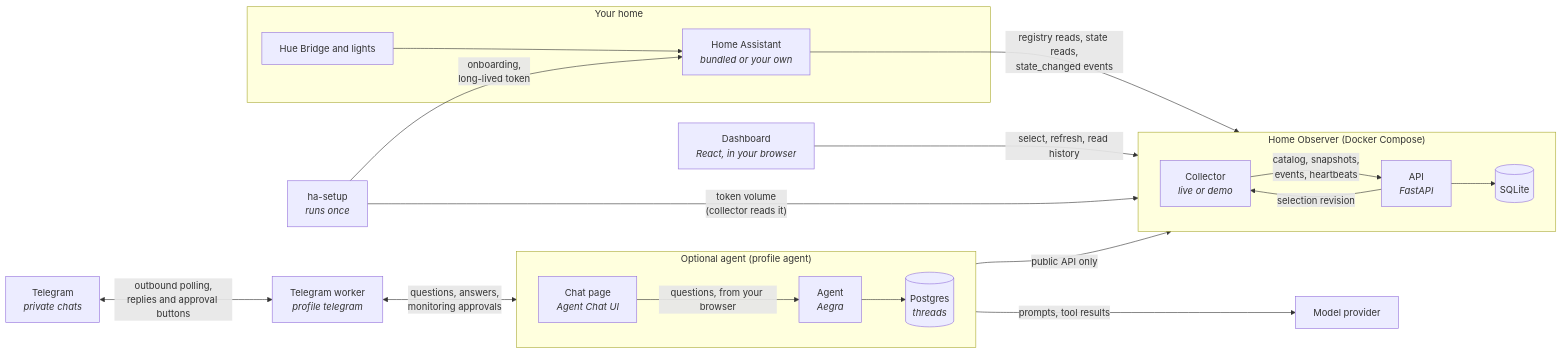
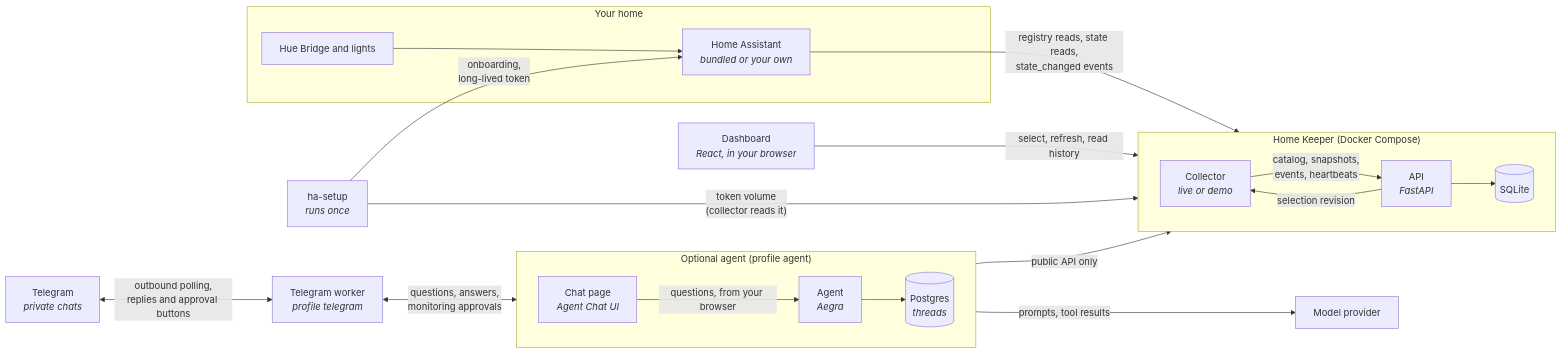
The first of 2 diagrams in docs/architecture.md (alitaghub/home-keeper), drawn with Mermaid before and after one commit. The commit also changed other lines of this file and 166 other files, not shown here.

First line of the commit message:
refactor!: rename Home Observer to Home Keeper (#18)

````diff
--- a/docs/architecture.md
+++ b/docs/architecture.md
@@ -12,38 +12,38 @@
 ```mermaid
 flowchart LR
     subgraph home["Your home"]
         hue["Hue Bridge and lights"]
         ha["Home Assistant<br/><i>bundled or your own</i>"]
         hue --> ha
     end
 
     setup["ha-setup<br/><i>runs once</i>"] -- "onboarding,<br/>long-lived token" --> ha
     setup -- "token volume<br/>(collector reads it)" --> collector
 
-    subgraph observer["Home Observer (Docker Compose)"]
+    subgraph keeper["Home Keeper (Docker Compose)"]
         direction LR
         collector["Collector<br/><i>live or demo</i>"]
         api["API<br/><i>FastAPI</i>"]
         db[("SQLite")]
         collector -- "catalog, snapshots,<br/>events, heartbeats" --> api
         api -- "selection revision" --> collector
         api --> db
     end
 
     ha -- "registry reads, state reads,<br/>state_changed events" --> collector
     browser["Dashboard<br/><i>React, in your browser</i>"] -- "select, refresh, read history" --> api
 
     subgraph agentprofile["Optional agent (profile agent)"]
         direction LR
         chat["Chat page<br/><i>Agent Chat UI</i>"]
         agent["Agent<br/><i>Aegra</i>"]
         pg[("Postgres<br/><i>threads</i>")]
         agent --> pg
     end
 
     chat -- "questions, from your browser" --> agent
     telegram["Telegram<br/><i>private chats</i>"] <-->|"outbound polling,<br/>replies and approval buttons"| bot["Telegram worker<br/><i>profile telegram</i>"]
     bot <-->|"questions, answers,<br/>monitoring approvals"| agent
     agent -- "public API only" --> api
     agent -- "prompts, tool results" --> model["Model provider"]
 ```
````
